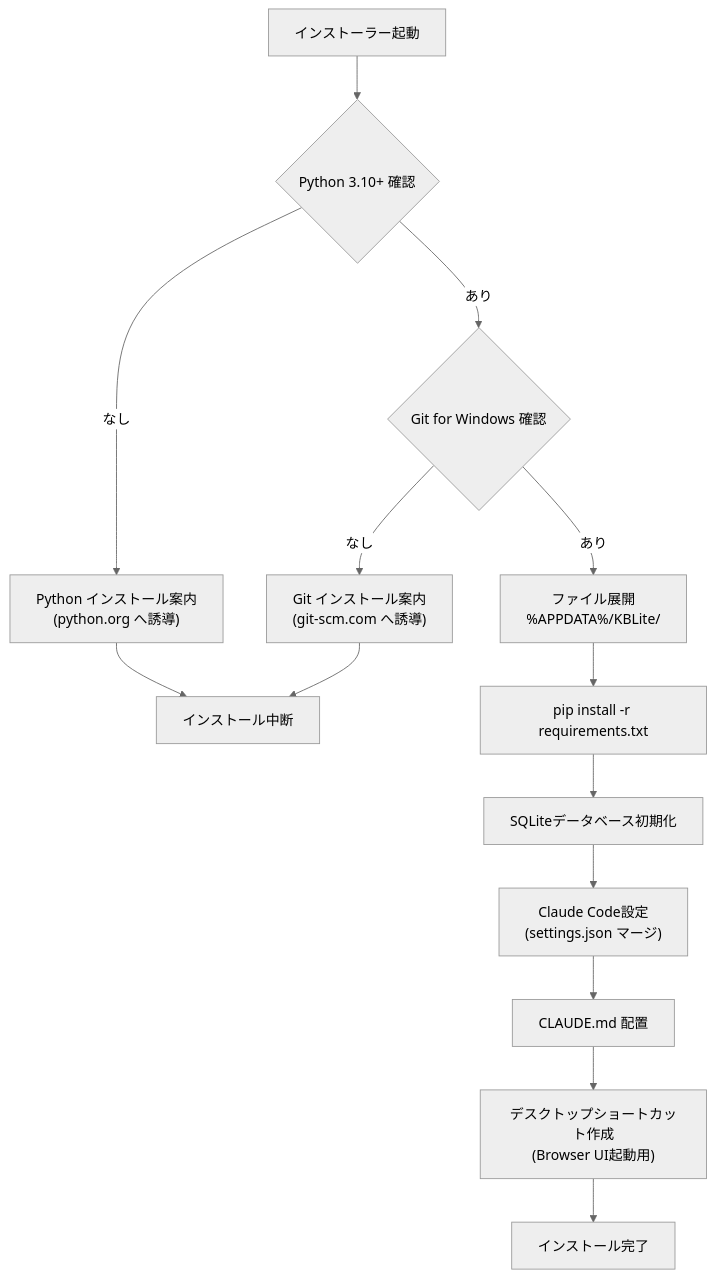
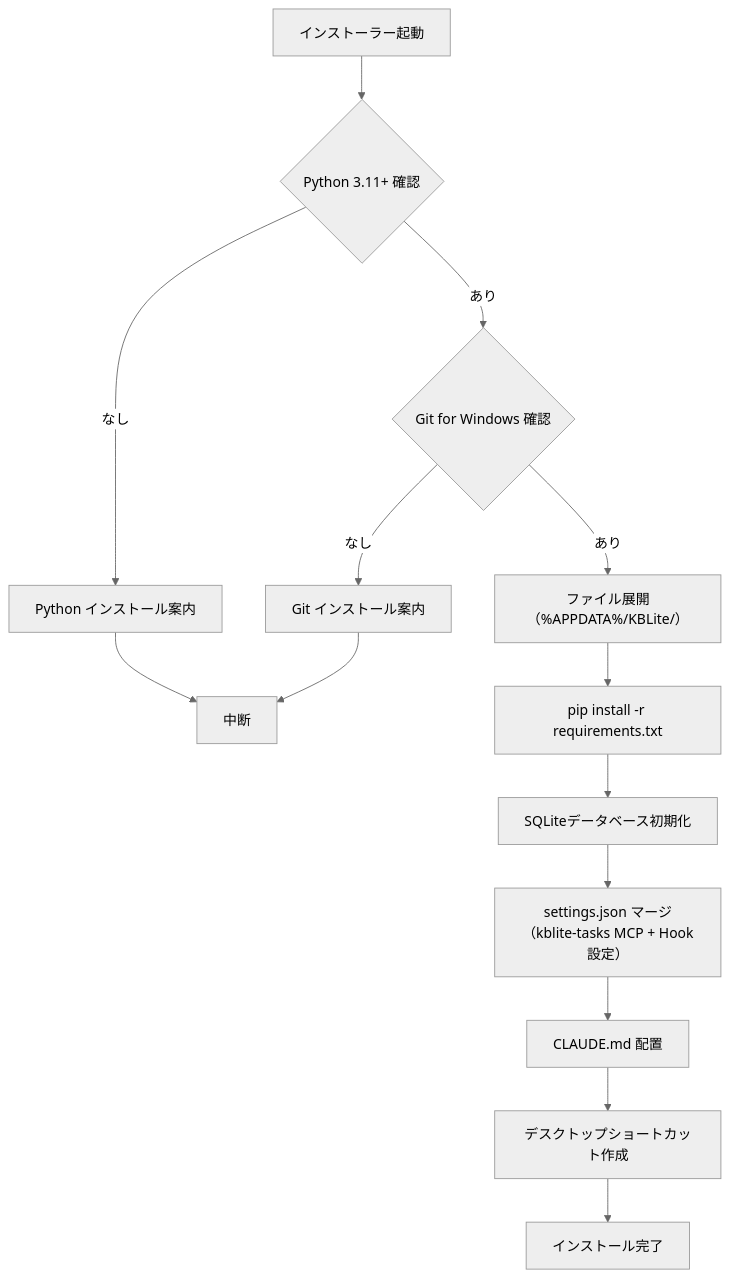
The sixth of 7 diagrams in doc/DESIGN-002_kblite-basic-design.md (76Hata/KBLite), drawn with Mermaid (neutral theme) before and after one commit. The commit also changed other lines of this file and 4 other files, not shown here.

First line of the commit message:
docs: 設計書更新・mcp_tasks UTF-8修正

````diff
--- a/doc/DESIGN-002_kblite-basic-design.md
+++ b/doc/DESIGN-002_kblite-basic-design.md
@@ -632,16 +886,16 @@
 ```mermaid
 flowchart TD
-    A["インストーラー起動"] --> B{"Python 3.10+ 確認"}
-    B -->|"なし"| C["Python インストール案内<br/>(python.org へ誘導)"]
+    A["インストーラー起動"] --> B{"Python 3.11+ 確認"}
+    B -->|"なし"| C["Python インストール案内"]
     B -->|"あり"| D{"Git for Windows 確認"}
-    C --> Z["インストール中断"]
-    D -->|"なし"| E["Git インストール案内<br/>(git-scm.com へ誘導)"]
-    D -->|"あり"| F["ファイル展開<br/>%APPDATA%/KBLite/"]
+    C --> Z["中断"]
+    D -->|"なし"| E["Git インストール案内"]
+    D -->|"あり"| F["ファイル展開（%APPDATA%/KBLite/）"]
     E --> Z
     F --> G["pip install -r requirements.txt"]
     G --> H["SQLiteデータベース初期化"]
-    H --> I["Claude Code設定<br/>(settings.json マージ)"]
+    H --> I["settings.json マージ（kblite-tasks MCP + Hook設定）"]
     I --> J["CLAUDE.md 配置"]
-    J --> K["デスクトップショートカット作成<br/>(Browser UI起動用)"]
+    J --> K["デスクトップショートカット作成"]
     K --> L["インストール完了"]
 ```
````
